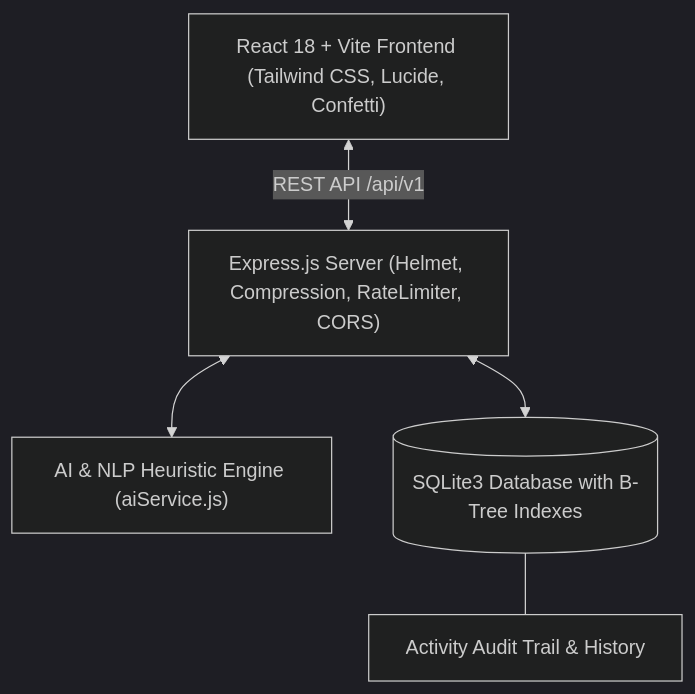
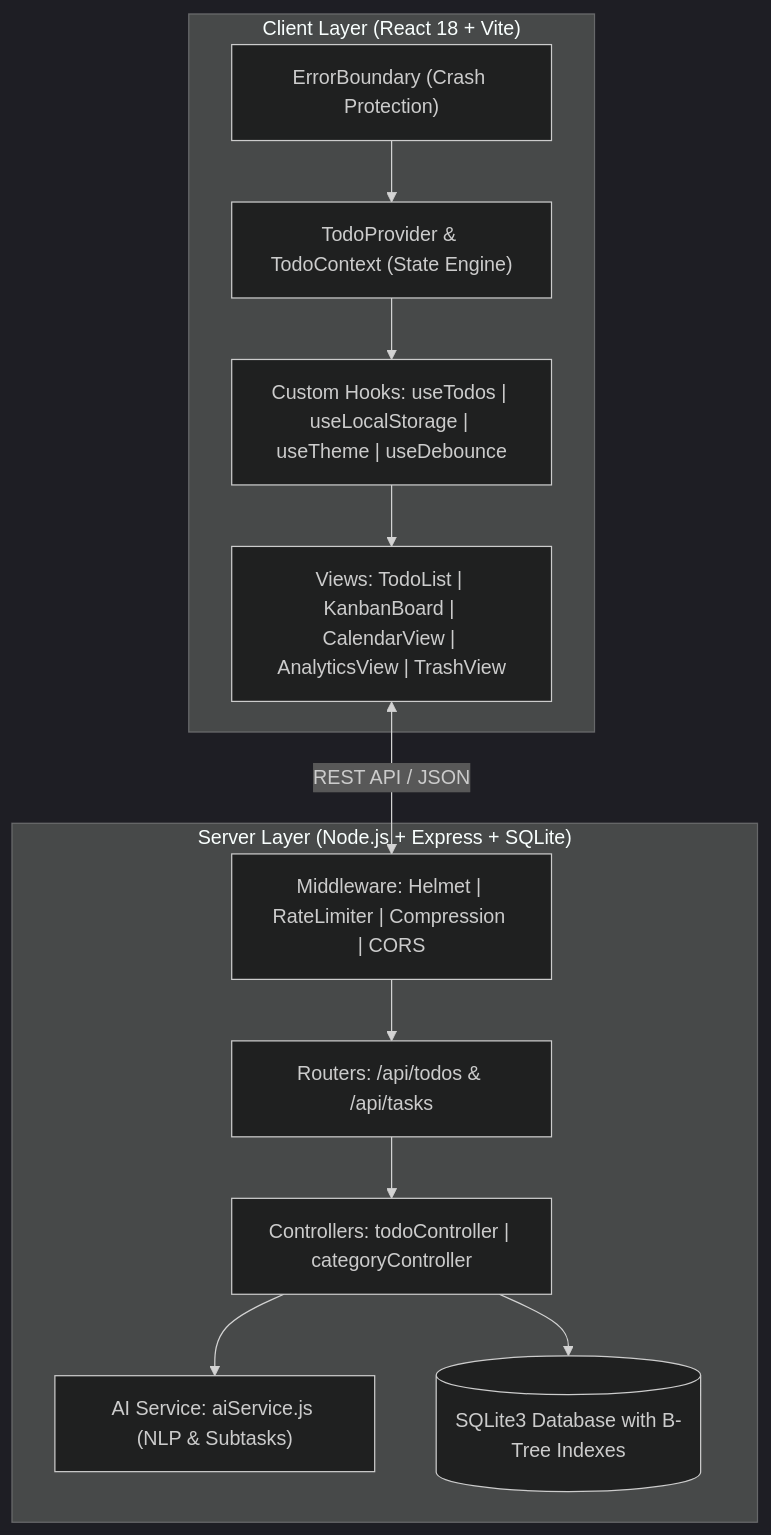
The diagram in README.md (AryanUbale7/todo-list), drawn with Mermaid (dark theme) before and after one commit. The commit also changed other lines of this file and 29 other files, not shown here.

Commit message:
feat(todo-domain): align repository AST, context API, custom hooks, and unit tests with Problem Statement 'Build a Functional To-Do Application'

````diff
--- a/README.md
+++ b/README.md
@@ -42,13 +52,28 @@
 ```mermaid
 flowchart TD
-    Client["React 18 + Vite Frontend (Tailwind CSS, Lucide, Confetti)"]
-    API["Express.js Server (Helmet, Compression, RateLimiter, CORS)"]
-    AI["AI & NLP Heuristic Engine (aiService.js)"]
-    DB[(SQLite3 Database with B-Tree Indexes)]
-    Audit["Activity Audit Trail & History"]
+    subgraph Frontend ["Client Layer (React 18 + Vite)"]
+        Context["TodoProvider & TodoContext (State Engine)"]
+        Hooks["Custom Hooks: useTodos | useLocalStorage | useTheme | useDebounce"]
+        Views["Views: TodoList | KanbanBoard | CalendarView | AnalyticsView | TrashView"]
+        Boundary["ErrorBoundary (Crash Protection)"]
+        
+        Boundary --> Context
+        Context --> Hooks
+        Hooks --> Views
+    end
 
-    Client <-->|REST API /api/v1| API
-    API <--> AI
-    API <--> DB
-    DB --- Audit
+    subgraph Backend ["Server Layer (Node.js + Express + SQLite)"]
+        Security["Middleware: Helmet | RateLimiter | Compression | CORS"]
+        Router["Routers: /api/todos & /api/tasks"]
+        Controllers["Controllers: todoController | categoryController"]
+        AI["AI Service: aiService.js (NLP & Subtasks)"]
+        DB[(SQLite3 Database with B-Tree Indexes)]
+        
+        Security --> Router
+        Router --> Controllers
+        Controllers --> AI
+        Controllers --> DB
+    end
+
+    Views <-->|REST API / JSON| Security
 ```
````
